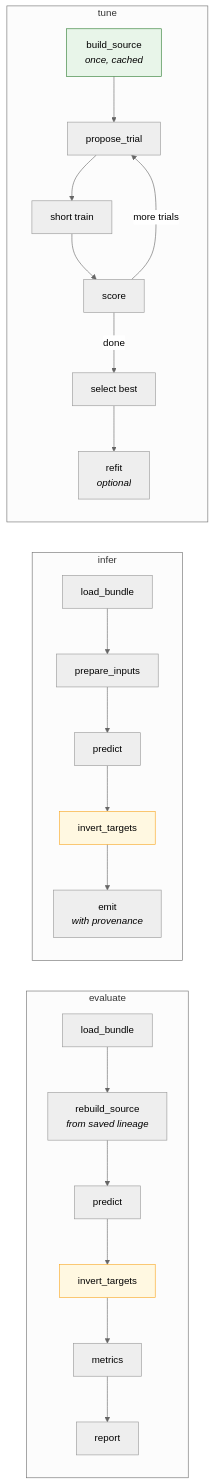
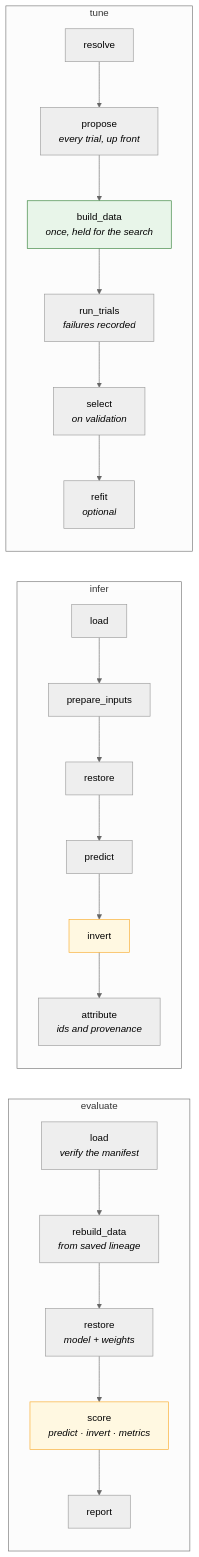
The ninth of 18 diagrams in src/rade_qnet/docs/ARCHITECTURE.md (JStevens95/QuantStrata), drawn with Mermaid (neutral theme) before and after one commit. The commit also changed other lines of this file and 2 other files, not shown here.

First line of the commit message:
Bring ARCHITECTURE.md up to date, and mark what is planned

````diff
--- a/src/rade_qnet/docs/ARCHITECTURE.md
+++ b/src/rade_qnet/docs/ARCHITECTURE.md
@@ -403,20 +474,18 @@
 ```mermaid
 flowchart LR
     subgraph EV["evaluate"]
         direction TB
-        E1["load_bundle"] --> E2["rebuild_source<br/><i>from saved lineage</i>"] --> E3["predict"] --> E4["invert_targets"] --> E5["metrics"] --> E6["report"]
+        E1["load<br/><i>verify the manifest</i>"] --> E2["rebuild_data<br/><i>from saved lineage</i>"] --> E3["restore<br/><i>model + weights</i>"] --> E4["score<br/><i>predict · invert · metrics</i>"] --> E5["report"]
     end
     subgraph IN["infer"]
         direction TB
-        I1["load_bundle"] --> I2["prepare_inputs"] --> I3["predict"] --> I4["invert_targets"] --> I5["emit<br/><i>with provenance</i>"]
+        I1["load"] --> I2["prepare_inputs"] --> I3["restore"] --> I4["predict"] --> I5["invert"] --> I6["attribute<br/><i>ids and provenance</i>"]
     end
     subgraph TU["tune"]
         direction TB
-        U1["build_source<br/><i>once, cached</i>"] --> U2["propose_trial"] --> U3["short train"] --> U4["score"]
-        U4 -->|"more trials"| U2
-        U4 -->|"done"| U5["select best"] --> U6["refit<br/><i>optional</i>"]
+        U1["resolve"] --> U2["propose<br/><i>every trial, up front</i>"] --> U3["build_data<br/><i>once, held for the search</i>"] --> U4["run_trials<br/><i>failures recorded</i>"] --> U5["select<br/><i>on validation</i>"] --> U6["refit<br/><i>optional</i>"]
     end
     style E4 fill:#fff8e1,stroke:#f9a825
-    style I4 fill:#fff8e1,stroke:#f9a825
-    style U1 fill:#e8f5e9,stroke:#2e7d32
+    style I5 fill:#fff8e1,stroke:#f9a825
+    style U3 fill:#e8f5e9,stroke:#2e7d32
 ```
````
